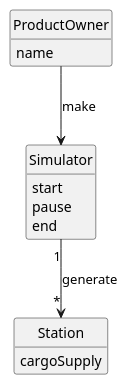
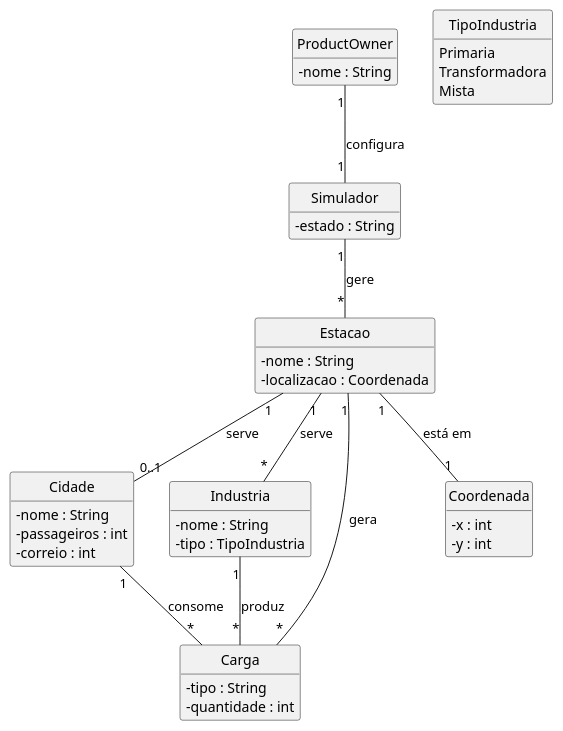
The diagram in Sprint2/US12/02.analisys.us12/puml/us12analysis.puml (Andremonteiro1240850/railway_simulator), drawn with PlantUML before and after one commit. The commit also changed 2 other files, not shown here.

```diff
--- a/Sprint2/US12/02.analisys.us12/puml/us12analysis.puml
+++ b/Sprint2/US12/02.analisys.us12/puml/us12analysis.puml
@@ -1,29 +1,64 @@
 @startuml
+
 skinparam monochrome true
 skinparam packageStyle rectangle
 skinparam shadowing false
 
 'left to right direction
 
 skinparam classAttributeIconSize 0
 
 hide circle
 hide methods
 
-    class ProductOwner {
-    name
-    }
 
-    class Simulator {
-        start
-        pause
-        end
-    }
+class ProductOwner {
+  - nome : String
+}
 
-    class Station {
-       cargoSupply
-    }
+class Simulador {
+  - estado : String
+}
 
-    ProductOwner --> Simulator : "make"
-    Simulator "1" -->  "*" Station : "generate"
+class Estacao {
+  - nome : String
+  - localizacao : Coordenada
+}
+
+class Cidade {
+  - nome : String
+  - passageiros : int
+  - correio : int
+}
+
+class Industria {
+  - nome : String
+  - tipo : TipoIndustria
+}
+
+class Carga {
+  - tipo : String
+  - quantidade : int
+}
+
+class Coordenada {
+  - x : int
+  - y : int
+}
+
+enum TipoIndustria {
+  Primaria
+  Transformadora
+  Mista
+}
+
+ProductOwner "1" -- "1" Simulador : configura
+Simulador "1" -- "*" Estacao : gere
+Estacao "1" -- "*" Carga : gera
+Estacao "1" -- "0..1" Cidade : serve
+Estacao "1" -- "*" Industria : serve
+Cidade "1" -- "*" Carga : consome
+Industria "1" -- "*" Carga : produz
+Estacao "1" -- "1" Coordenada : está em
+
 @enduml
```
